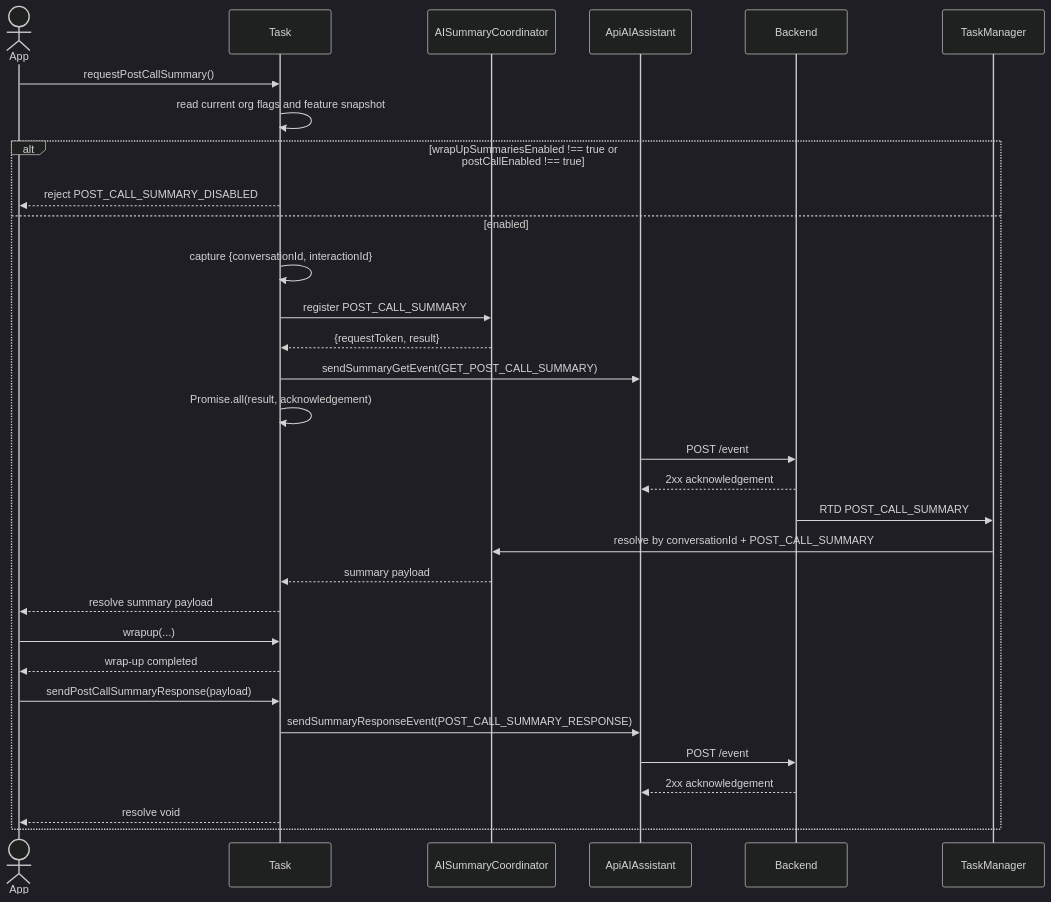
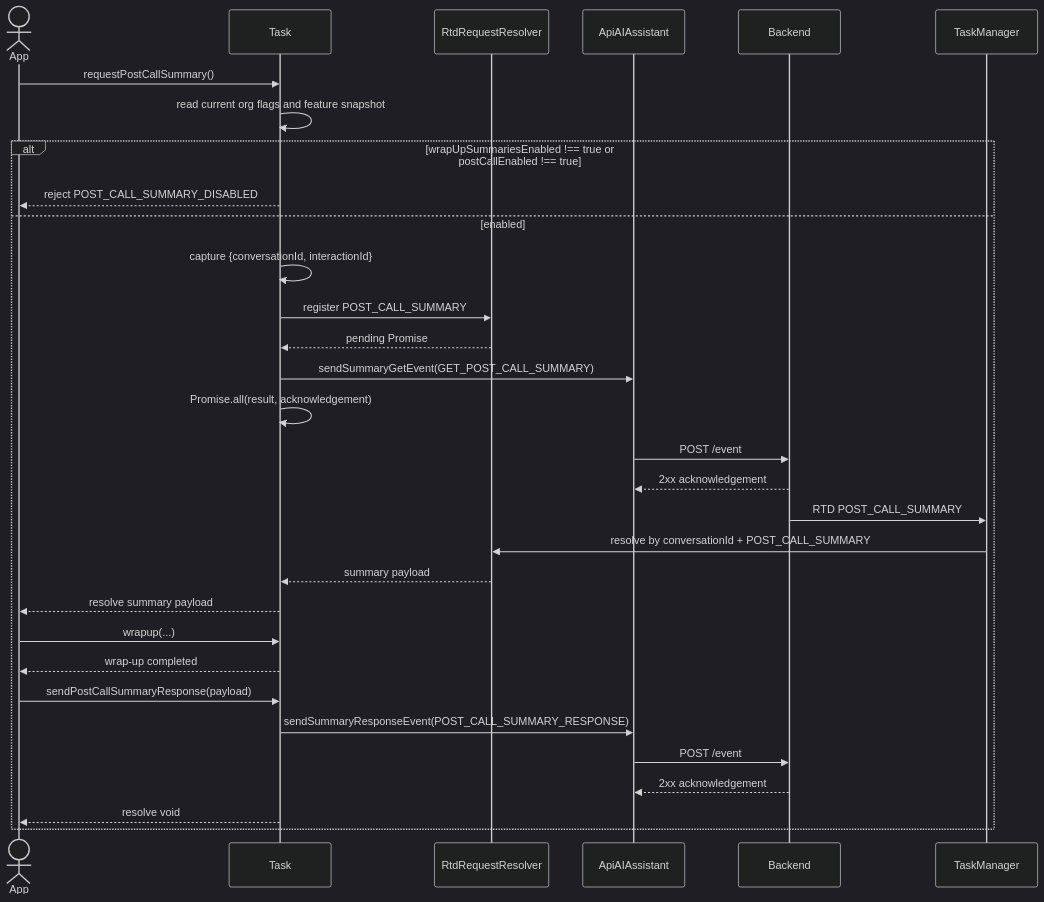
Before and after one commit to webex/webex-js-sdk: the seventh of 10 diagrams in packages/@webex/contact-center/src/services/task/ai-docs/ARCHITECTURE.md, drawn with Mermaid (dark theme). The commit also changed other lines of this file and 32 other files, not shown here.

````diff
--- a/packages/@webex/contact-center/src/services/task/ai-docs/ARCHITECTURE.md
+++ b/packages/@webex/contact-center/src/services/task/ai-docs/ARCHITECTURE.md
@@ -426,34 +427,34 @@
 ```mermaid
 sequenceDiagram
   actor App
   participant Task
-  participant Coord as AISummaryCoordinator
+  participant Resolver as RtdRequestResolver
   participant API as ApiAIAssistant
   participant Backend
   participant TM as TaskManager
 
   App->>Task: requestPostCallSummary()
   Task->>Task: read current org flags and feature snapshot
   alt wrapUpSummariesEnabled !== true or postCallEnabled !== true
     Task-->>App: reject POST_CALL_SUMMARY_DISABLED
   else enabled
     Task->>Task: capture {conversationId, interactionId}
-    Task->>Coord: register POST_CALL_SUMMARY
-    Coord-->>Task: {requestToken, result}
+    Task->>Resolver: register POST_CALL_SUMMARY
+    Resolver-->>Task: pending Promise
     Task->>API: sendSummaryGetEvent(GET_POST_CALL_SUMMARY)
     Task->>Task: Promise.all(result, acknowledgement)
     API->>Backend: POST /event
     Backend-->>API: 2xx acknowledgement
     Backend->>TM: RTD POST_CALL_SUMMARY
-    TM->>Coord: resolve by conversationId + POST_CALL_SUMMARY
-    Coord-->>Task: summary payload
+    TM->>Resolver: resolve by conversationId + POST_CALL_SUMMARY
+    Resolver-->>Task: summary payload
     Task-->>App: resolve summary payload
     App->>Task: wrapup(...)
     Task-->>App: wrap-up completed
     App->>Task: sendPostCallSummaryResponse(payload)
     Task->>API: sendSummaryResponseEvent(POST_CALL_SUMMARY_RESPONSE)
     API->>Backend: POST /event
     Backend-->>API: 2xx acknowledgement
     Task-->>App: resolve void
   end
 ```
````
